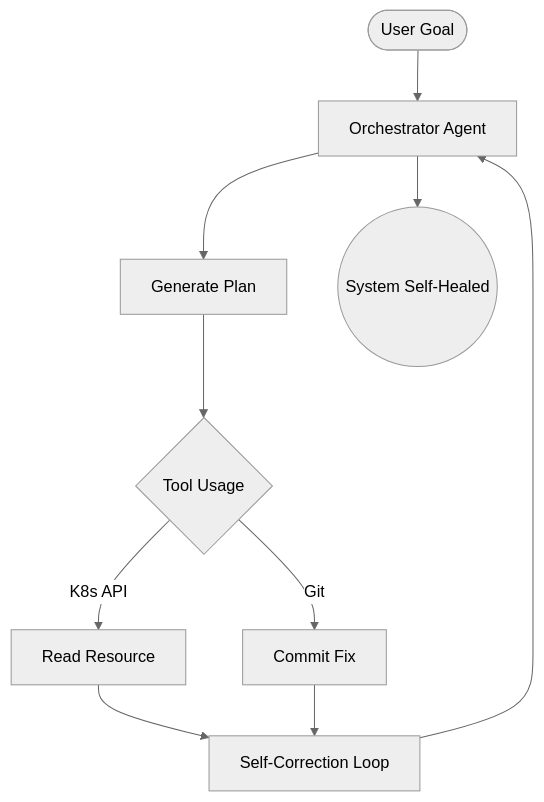
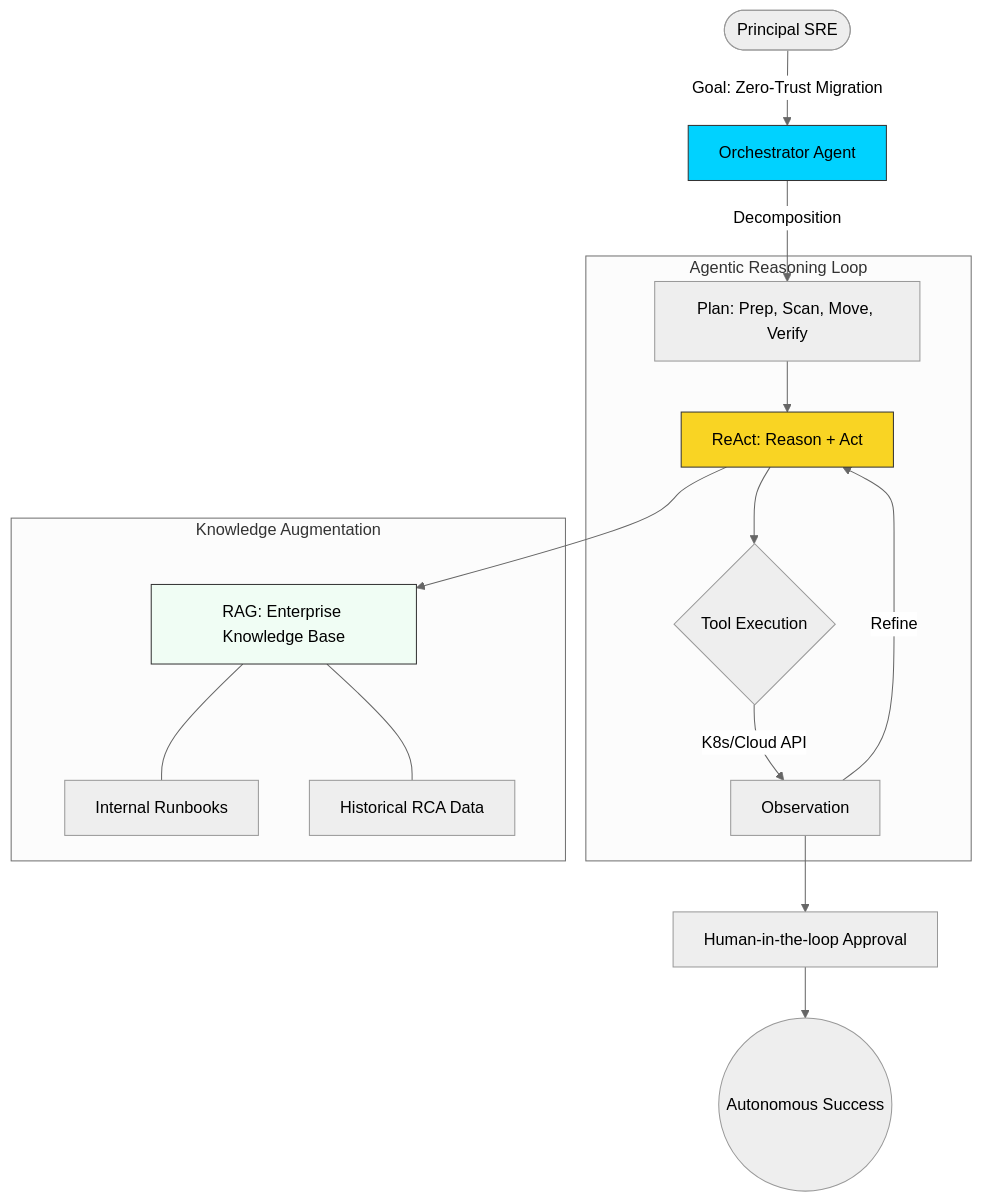
One commit to Ganil151/Devops changed the diagram in 03-advanced/03-phase-3/02-prompt-engineering/readme.md. Above: the diagram before and after it, drawn with Mermaid (neutral theme). The commit also changed other lines of this file, not shown here.

````diff
--- a/03-advanced/03-phase-3/02-prompt-engineering/readme.md
+++ b/03-advanced/03-phase-3/02-prompt-engineering/readme.md
@@ -37,11 +5,25 @@
 ```mermaid
 graph TD
-    User([User Goal]) --> Agent[Orchestrator Agent]
-    Agent --> Plan[Generate Plan]
-    Plan --> Tools{Tool Usage}
-    Tools -->|K8s API| K[Read Resource]
-    Tools -->|Git| G[Commit Fix]
-    K & G --> Feedback[Self-Correction Loop]
-    Feedback --> Agent
-    Agent --> Success((System Self-Healed))
+    User([Principal SRE]) -->|Goal: Zero-Trust Migration| Agent[Orchestrator Agent]
+    Agent -->|Decomposition| SubTasks[Plan: Prep, Scan, Move, Verify]
+    
+    subgraph Agentic Reasoning Loop
+    SubTasks --> Planning[ReAct: Reason + Act]
+    Planning --> Tools{Tool Execution}
+    Tools -->|K8s/Cloud API| Obs[Observation]
+    Obs -->|Refine| Planning
+    end
+    
+    subgraph Knowledge Augmentation
+    Planning --> RAG[RAG: Enterprise Knowledge Base]
+    RAG --- Docs[Internal Runbooks]
+    RAG --- Logs[Historical RCA Data]
+    end
+    
+    Obs --> Finalize[Human-in-the-loop Approval]
+    Finalize --> Success((Autonomous Success))
+    
+    style Agent fill:#00d2ff,stroke:#333
+    style Planning fill:#f9d423,stroke:#333
+    style RAG fill:#f0fdf4,stroke:#333
 ```
````
